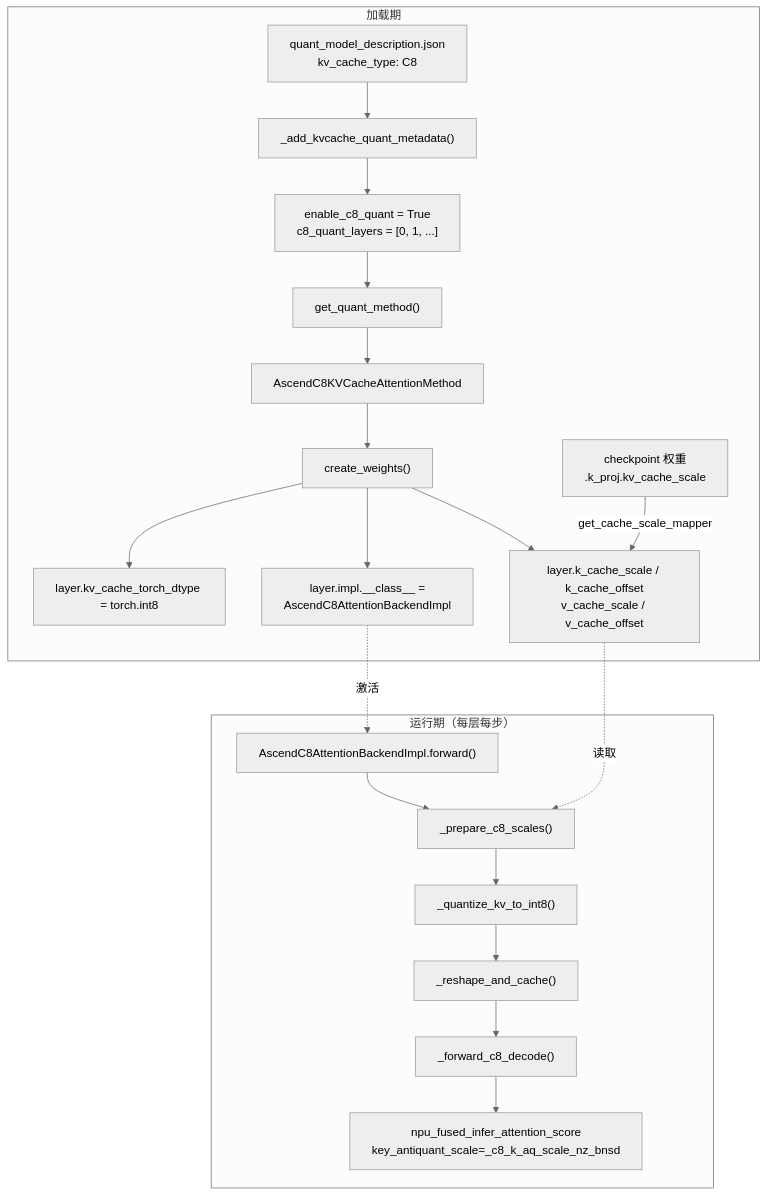
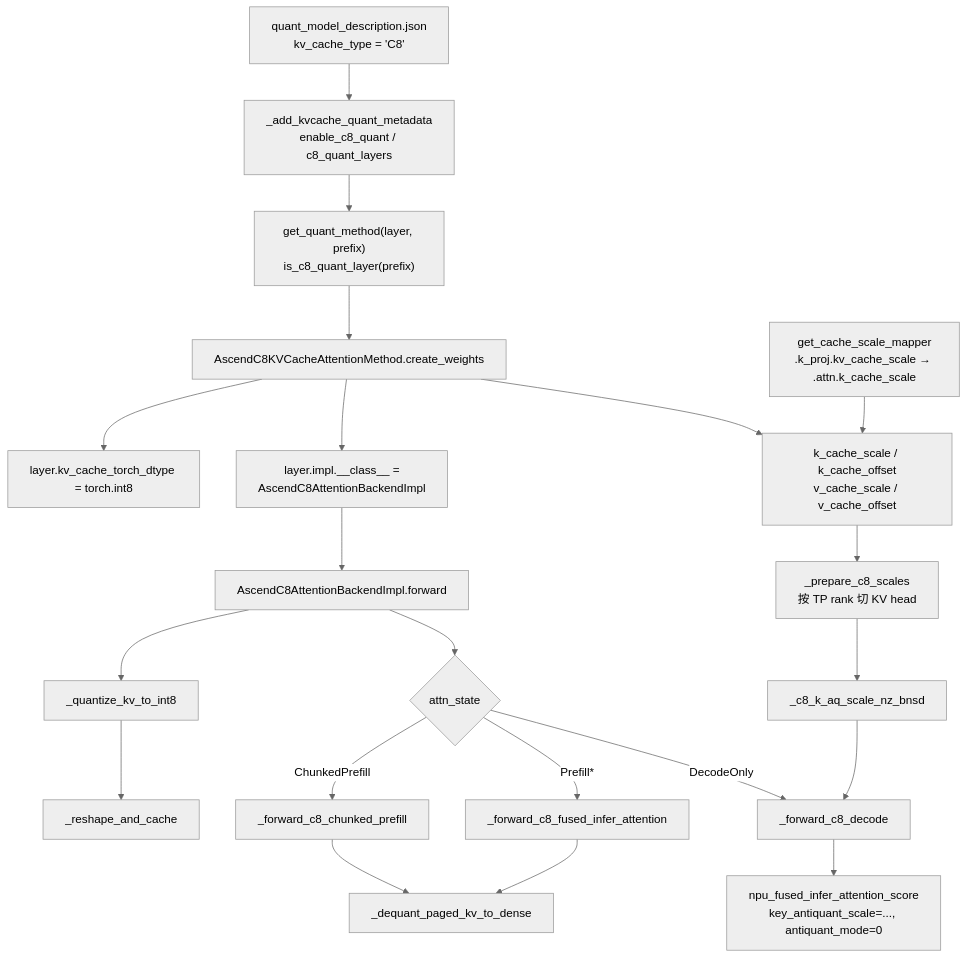
Before and after one commit to BailanCaptain/infer-lab: the diagram in wiki/concepts/kv-cache-quantization.md, drawn with Mermaid (neutral theme). The commit also changed other lines of this file and 30 other files, not shown here.

First line of the commit message:
feat(F001): 11 页按图重写完成——答案从读一页变成读四页并按关系组织

````diff
--- a/wiki/concepts/kv-cache-quantization.md
+++ b/wiki/concepts/kv-cache-quantization.md
@@ -62,23 +60,23 @@
 ```mermaid
 flowchart TD
-    subgraph load["加载期"]
-        J["quant_model_description.json<br/>kv_cache_type: C8"] --> M["_add_kvcache_quant_metadata()"]
-        M --> F["enable_c8_quant = True<br/>c8_quant_layers = [0, 1, ...]"]
-        F --> G["get_quant_method()"]
-        G --> A["AscendC8KVCacheAttentionMethod"]
-        A --> CW["create_weights()"]
-        CW --> D1["layer.kv_cache_torch_dtype = torch.int8"]
-        CW --> D2["layer.impl.__class__ =<br/>AscendC8AttentionBackendImpl"]
-        CW --> D3["layer.k_cache_scale / k_cache_offset<br/>v_cache_scale / v_cache_offset"]
-        W["checkpoint 权重<br/>.k_proj.kv_cache_scale"] -->|get_cache_scale_mapper| D3
-    end
-    subgraph run["运行期（每层每步）"]
-        FW["AscendC8AttentionBackendImpl.forward()"] --> PS["_prepare_c8_scales()"]
-        PS --> Q["_quantize_kv_to_int8()"]
-        Q --> RC["_reshape_and_cache()"]
-        RC --> DEC["_forward_c8_decode()"]
-        DEC --> OP["npu_fused_infer_attention_score<br/>key_antiquant_scale=_c8_k_aq_scale_nz_bnsd"]
-    end
-    D2 -.激活.-> FW
-    D3 -.读取.-> PS
+    A["quant_model_description.json<br/>kv_cache_type = 'C8'"] --> B["_add_kvcache_quant_metadata<br/>enable_c8_quant / c8_quant_layers"]
+    B --> C["get_quant_method(layer, prefix)<br/>is_c8_quant_layer(prefix)"]
+    C --> D["AscendC8KVCacheAttentionMethod.create_weights"]
+    D --> E["layer.kv_cache_torch_dtype = torch.int8"]
+    D --> F["layer.impl.__class__ =<br/>AscendC8AttentionBackendImpl"]
+    D --> G["k_cache_scale / k_cache_offset<br/>v_cache_scale / v_cache_offset"]
+    H["get_cache_scale_mapper<br/>.k_proj.kv_cache_scale → .attn.k_cache_scale"] --> G
+    G --> I["_prepare_c8_scales<br/>按 TP rank 切 KV head"]
+    I --> J["_c8_k_aq_scale_nz_bnsd"]
+    F --> K["AscendC8AttentionBackendImpl.forward"]
+    K --> L["_quantize_kv_to_int8"]
+    L --> M["_reshape_and_cache"]
+    K --> N{"attn_state"}
+    N -->|DecodeOnly| O["_forward_c8_decode"]
+    N -->|ChunkedPrefill| P["_forward_c8_chunked_prefill"]
+    N -->|Prefill*| Q["_forward_c8_fused_infer_attention"]
+    J --> O
+    O --> R["npu_fused_infer_attention_score<br/>key_antiquant_scale=..., antiquant_mode=0"]
+    P --> S["_dequant_paged_kv_to_dense"]
+    Q --> S
 ```
````
